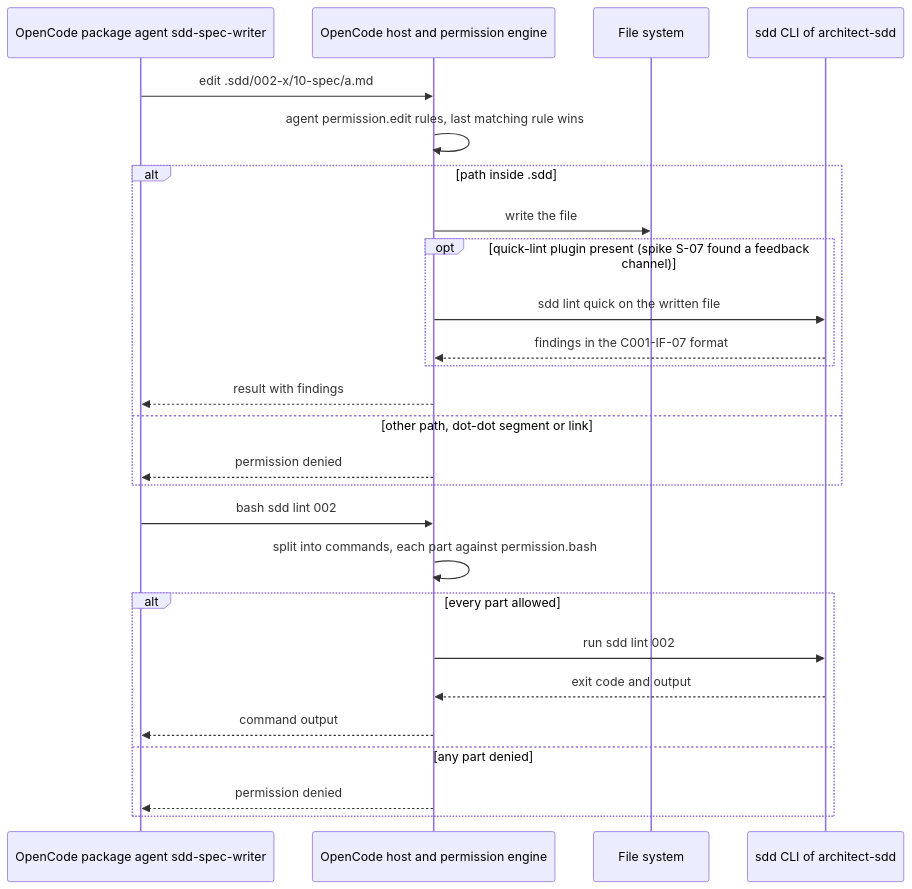
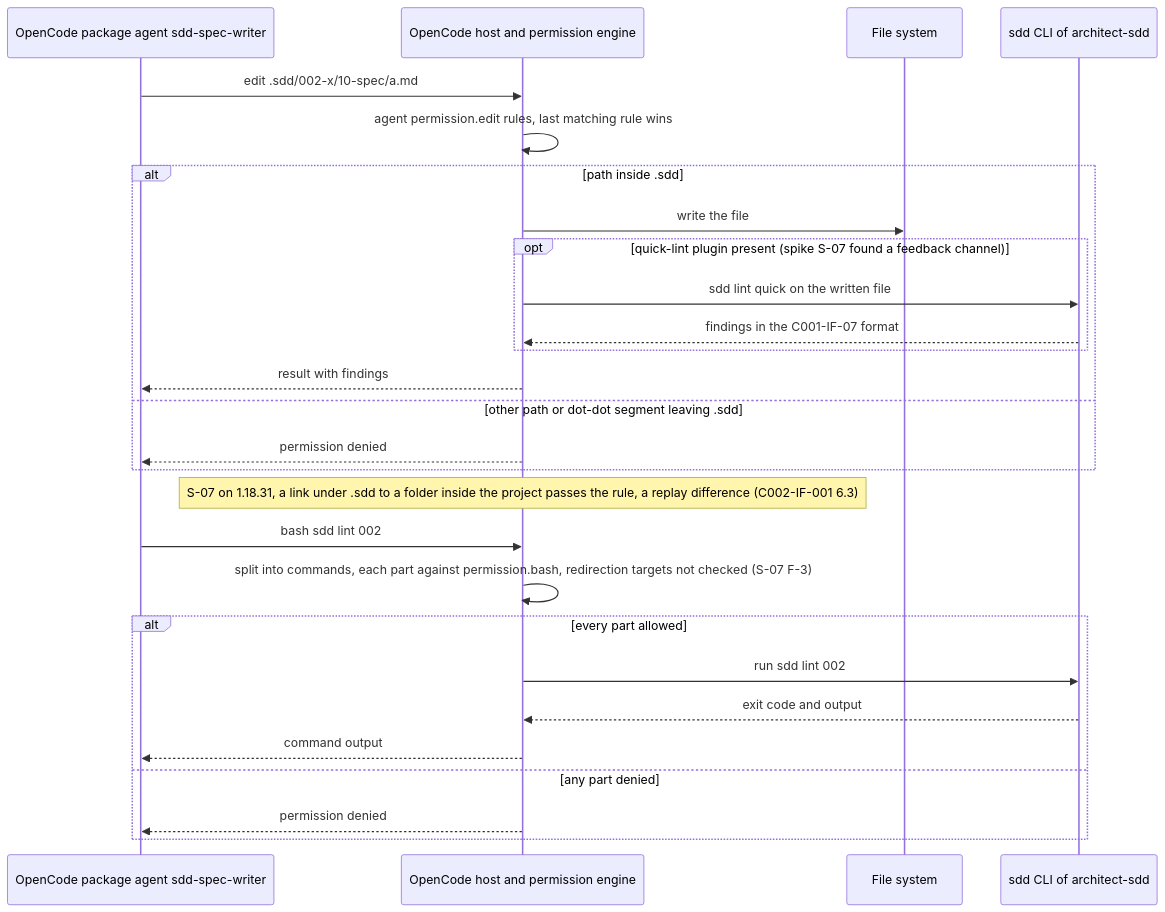
The third of 15 diagrams in .sdd/002-multi-platform-targets/10-spec/60-architecture/architecture.md (jlacube/spec-architect), drawn with Mermaid before and after one commit. The commit also changed other lines of this file and 15 other files, not shown here.

````diff
--- a/.sdd/002-multi-platform-targets/10-spec/60-architecture/architecture.md
+++ b/.sdd/002-multi-platform-targets/10-spec/60-architecture/architecture.md
@@ -473,29 +479,30 @@
 ```mermaid
 sequenceDiagram
   %% F2 OpenCode native permission enforcement. Realizes C002-TS-207 C002-TS-209 C002-TS-222 C002-TS-223
   participant C002_COMP_003 as OpenCode package agent sdd-spec-writer
   participant OC as OpenCode host and permission engine
   participant FS as File system
   participant C002_COMP_018 as sdd CLI of architect-sdd
   C002_COMP_003->>OC: edit .sdd/002-x/10-spec/a.md
   OC->>OC: agent permission.edit rules, last matching rule wins
   alt path inside .sdd
     OC->>FS: write the file
     opt quick-lint plugin present (spike S-07 found a feedback channel)
       OC->>C002_COMP_018: sdd lint quick on the written file
       C002_COMP_018-->>OC: findings in the C001-IF-07 format
     end
     OC-->>C002_COMP_003: result with findings
-  else other path, dot-dot segment or link
+  else other path or dot-dot segment leaving .sdd
     OC-->>C002_COMP_003: permission denied
   end
+  Note over OC: S-07 on 1.18.31, a link under .sdd to a folder inside the project passes the rule, a replay difference (C002-IF-001 6.3)
   C002_COMP_003->>OC: bash sdd lint 002
-  OC->>OC: split into commands, each part against permission.bash
+  OC->>OC: split into commands, each part against permission.bash, redirection targets not checked (S-07 F-3)
   alt every part allowed
     OC->>C002_COMP_018: run sdd lint 002
     C002_COMP_018-->>OC: exit code and output
     OC-->>C002_COMP_003: command output
   else any part denied
     OC-->>C002_COMP_003: permission denied
   end
 ```
````
